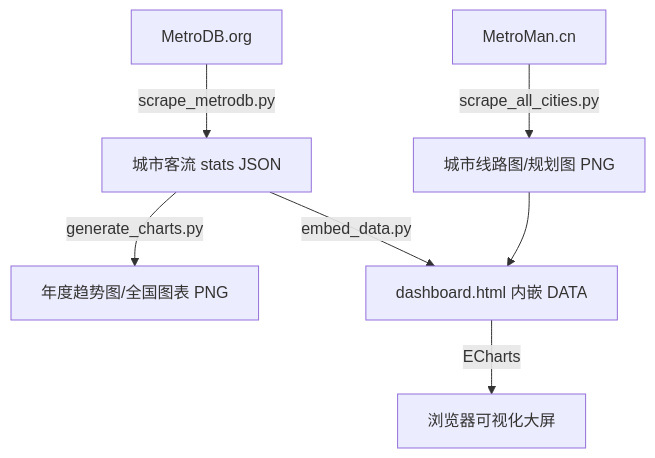
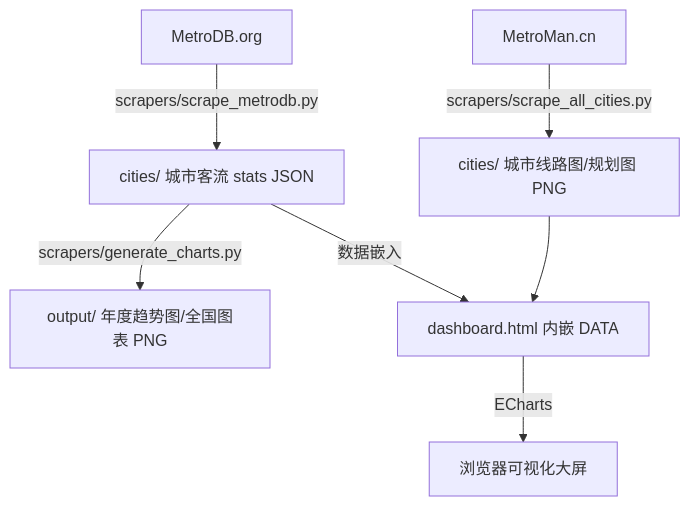
Before and after one commit to threeMoreTime/MAP: the first of 3 diagrams in docs/ARCHITECTURE_DATA_FLOW.md, drawn with Mermaid. The commit also changed other lines of this file and 11 other files, not shown here.

````diff
--- a/docs/ARCHITECTURE_DATA_FLOW.md
+++ b/docs/ARCHITECTURE_DATA_FLOW.md
@@ -5,9 +5,9 @@
 ```mermaid
 flowchart TD
-  A[MetroMan.cn] -->|scrape_all_cities.py| B[城市线路图/规划图 PNG]
-  C[MetroDB.org] -->|scrape_metrodb.py| D[城市客流 stats JSON]
-  D -->|generate_charts.py| E[年度趋势图/全国图表 PNG]
-  D -->|embed_data.py| F[dashboard.html 内嵌 DATA]
+  A[MetroMan.cn] -->|scrapers/scrape_all_cities.py| B[cities/ 城市线路图/规划图 PNG]
+  C[MetroDB.org] -->|scrapers/scrape_metrodb.py| D[cities/ 城市客流 stats JSON]
+  D -->|scrapers/generate_charts.py| E[output/ 年度趋势图/全国图表 PNG]
+  D -->|数据嵌入| F[dashboard.html 内嵌 DATA]
   B --> F
   F -->|ECharts| G[浏览器可视化大屏]
 ```
````
